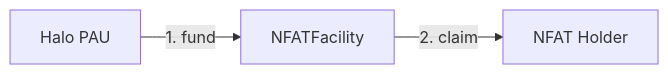
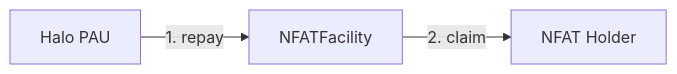
Before and after one commit to archon-research/nfat: the second of 3 diagrams in README.md, drawn with Mermaid. The commit also changed other lines of this file and 2 other files, not shown here.

````diff
--- a/README.md
+++ b/README.md
@@ -33,5 +33,5 @@
 ```mermaid
 flowchart LR
-    HaloPAU[Halo PAU] -->|1. fund| Facility[NFATFacility]
+    HaloPAU[Halo PAU] -->|1. repay| Facility[NFATFacility]
     Facility -->|2. claim| Holder[NFAT Holder]
 ```
````
